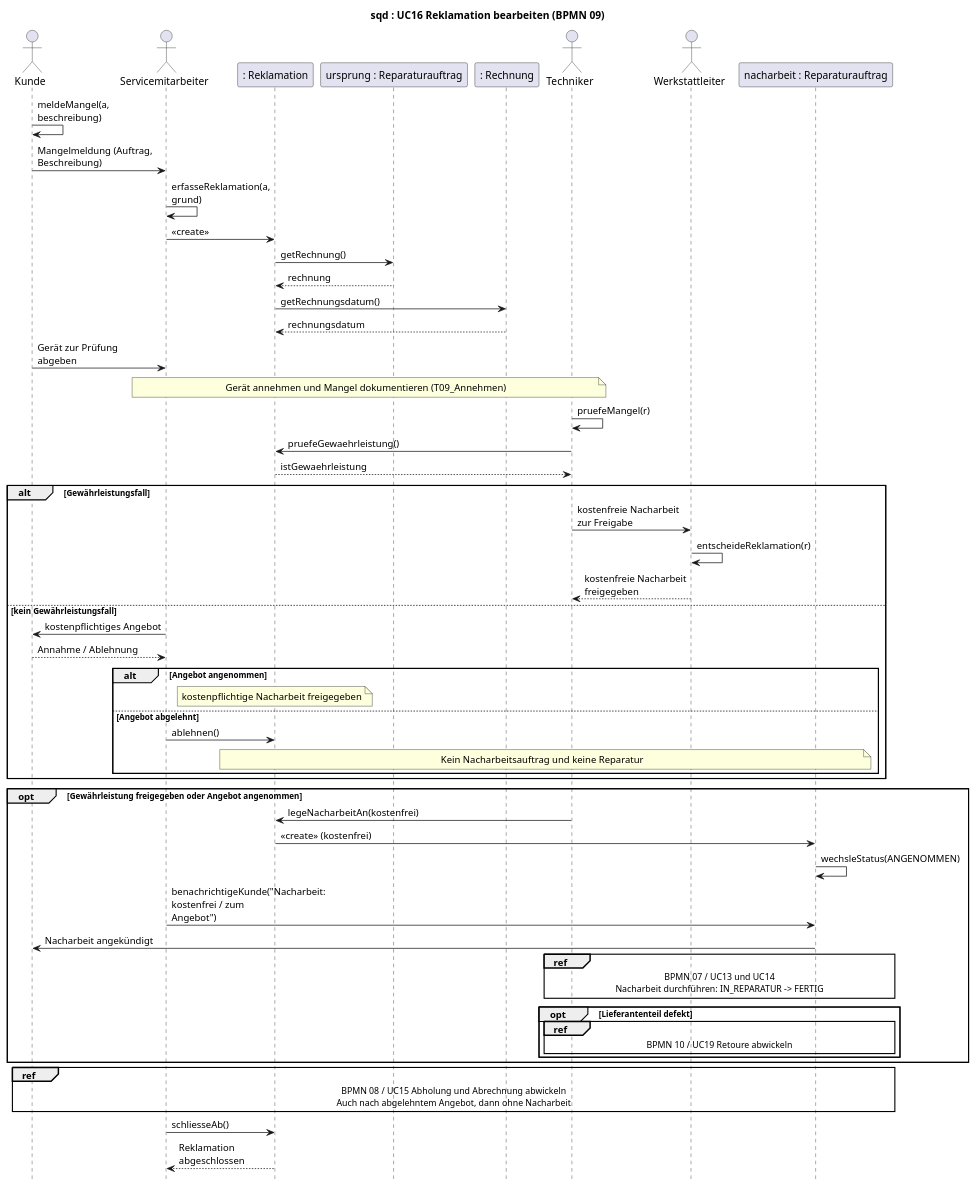
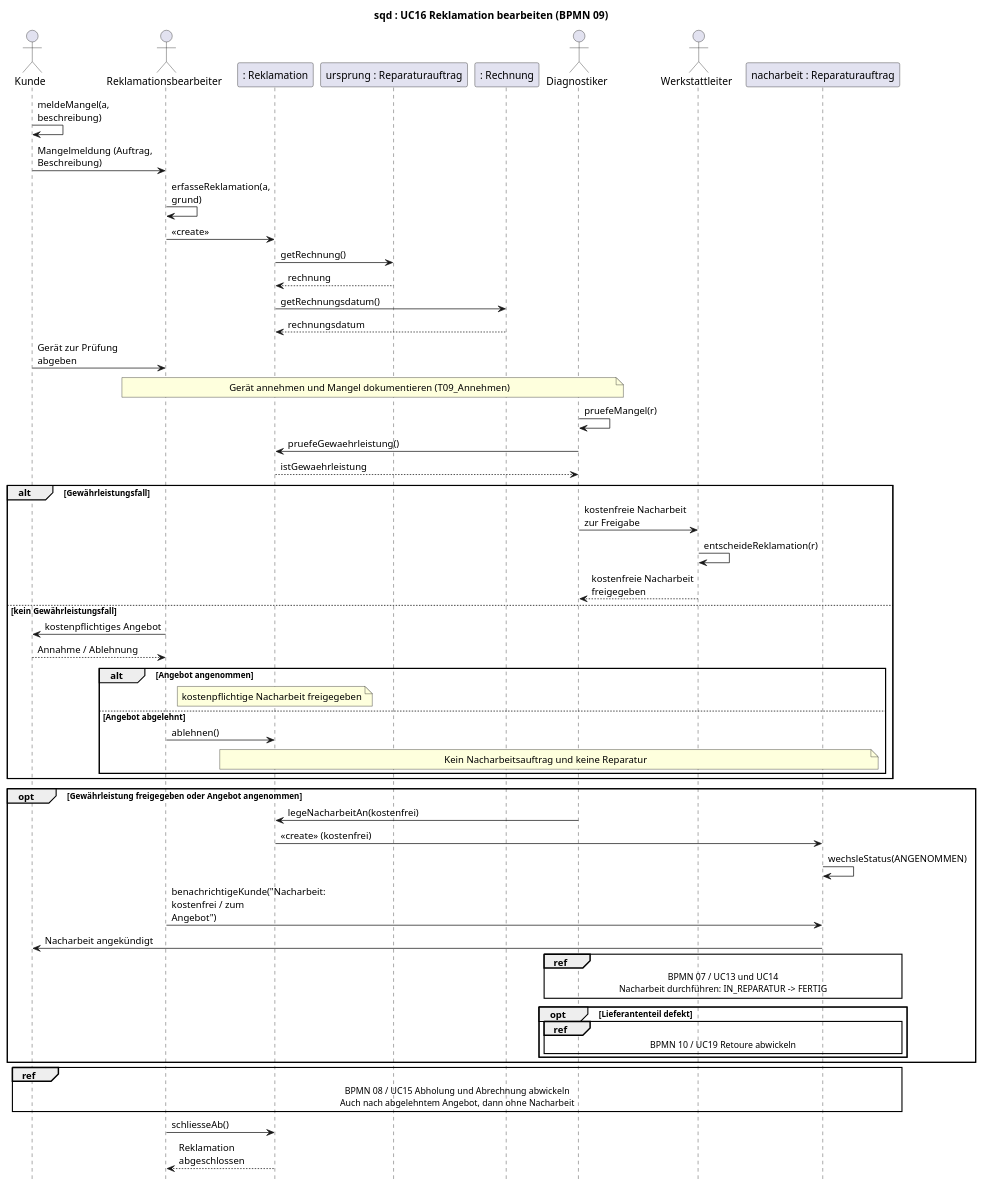
The diagram in 2_uml/entwurf-plantuml/sequenz-05-reklamation.puml (jakobschwan123-cmd/casestudy-semester-3), drawn with PlantUML before and after one commit. The commit also changed 28 other files, not shown here.

```diff
--- a/2_uml/entwurf-plantuml/sequenz-05-reklamation.puml
+++ b/2_uml/entwurf-plantuml/sequenz-05-reklamation.puml
@@ -1,60 +1,60 @@
 @startuml
 ' BPMN: p09-reklamation.bpmn
 ' BPMN-Nodes: T09_Erfassen T09_Zuordnen T09_Annehmen T09_Pruefen T09_Bewerten GW09_Gewaehr T09_Freigeben T09_Angebot T09_Entscheidung GW09_Angebot T09_Abgelehnt T09_Auftrag T09_Info T09_Reparatur GW09_Teil T09_Retoure T09_Abholung T09_Abschluss
 title sqd : UC16 Reklamation bearbeiten (BPMN 09)
 skinparam defaultFontName Arial
 skinparam sequenceMessageAlign left
 skinparam maxMessageSize 160
 hide footbox
 
 actor Kunde
-actor Servicemitarbeiter as SM
+actor Reklamationsbearbeiter as SM
 participant ": Reklamation" as REK
 participant "ursprung : Reparaturauftrag" as RA
 participant ": Rechnung" as RE
-actor Techniker
+actor Diagnostiker as Techniker
 actor Werkstattleiter as WL
 participant "nacharbeit : Reparaturauftrag" as NA
 
 Kunde -> Kunde : meldeMangel(a, beschreibung)
 Kunde -> SM : Mangelmeldung (Auftrag, Beschreibung)
 SM -> SM : erfasseReklamation(a, grund)
 SM -> REK : <<create>>
 REK -> RA : getRechnung()
 RA --> REK : rechnung
 REK -> RE : getRechnungsdatum()
 RE --> REK : rechnungsdatum
 Kunde -> SM : Gerät zur Prüfung abgeben
 note over SM, Techniker : Gerät annehmen und Mangel dokumentieren (T09_Annehmen)
 Techniker -> Techniker : pruefeMangel(r)
 Techniker -> REK : pruefeGewaehrleistung()
 REK --> Techniker : istGewaehrleistung
 alt Gewährleistungsfall
     Techniker -> WL : kostenfreie Nacharbeit zur Freigabe
     WL -> WL : entscheideReklamation(r)
     WL --> Techniker : kostenfreie Nacharbeit freigegeben
 else kein Gewährleistungsfall
     SM -> Kunde : kostenpflichtiges Angebot
     Kunde --> SM : Annahme / Ablehnung
     alt Angebot angenommen
         note over REK : kostenpflichtige Nacharbeit freigegeben
     else Angebot abgelehnt
         SM -> REK : ablehnen()
         note over REK, NA : Kein Nacharbeitsauftrag und keine Reparatur
     end
 end
 opt Gewährleistung freigegeben oder Angebot angenommen
     Techniker -> REK : legeNacharbeitAn(kostenfrei)
     REK -> NA : <<create>> (kostenfrei)
     NA -> NA : wechsleStatus(ANGENOMMEN)
     SM -> NA : benachrichtigeKunde("Nacharbeit: kostenfrei / zum Angebot")
     NA -> Kunde : Nacharbeit angekündigt
     ref over Techniker, NA : BPMN 07 / UC13 und UC14\nNacharbeit durchführen: IN_REPARATUR -> FERTIG
     opt Lieferantenteil defekt
         ref over Techniker, NA : BPMN 10 / UC19 Retoure abwickeln
     end
 end
 ref over Kunde, SM, RA, NA : BPMN 08 / UC15 Abholung und Abrechnung abwickeln\nAuch nach abgelehntem Angebot, dann ohne Nacharbeit
 SM -> REK : schliesseAb()
 REK --> SM : Reklamation abgeschlossen
 @enduml
```
